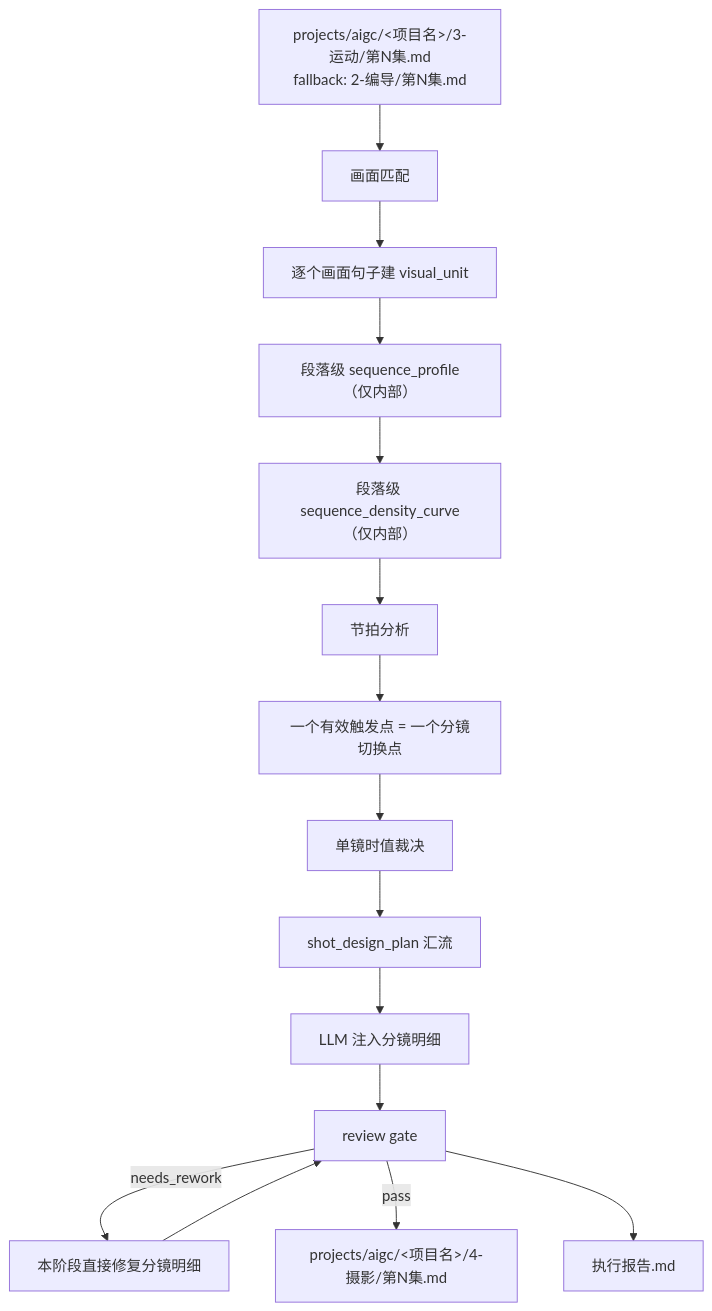
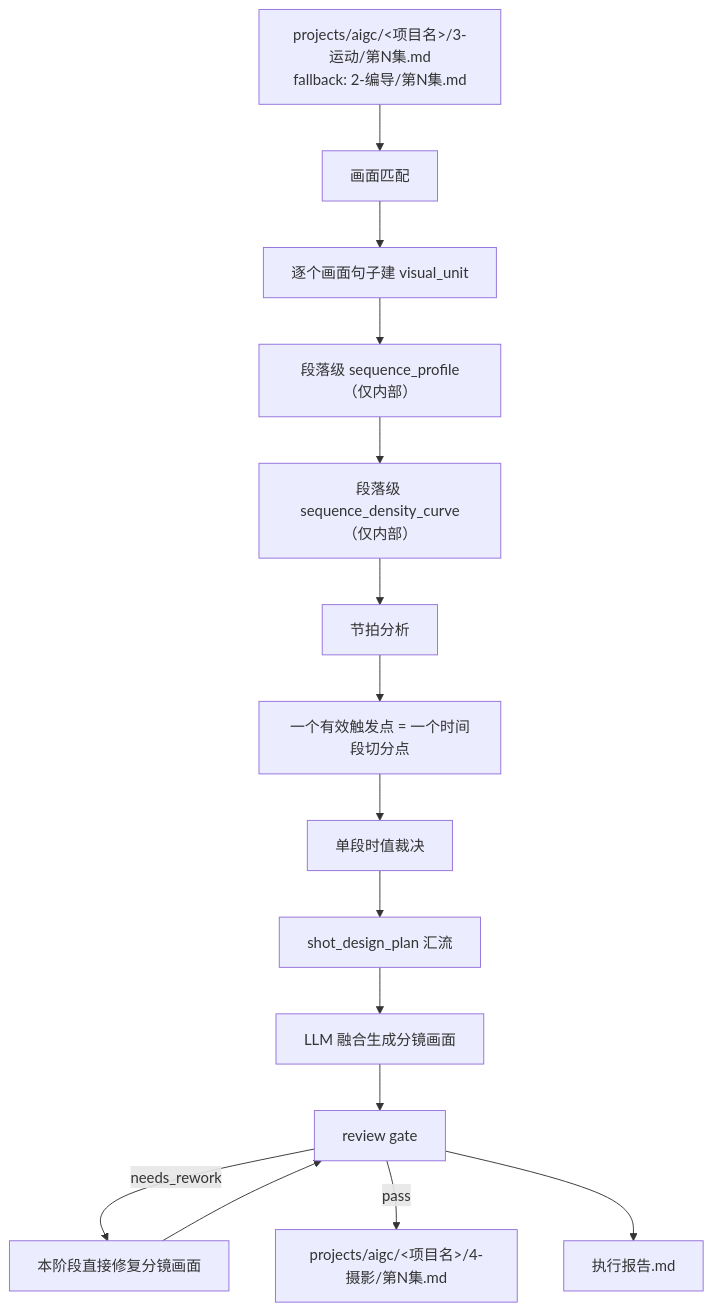
One commit to ZEN-VOID/AI-CUT changed the first of 2 diagrams in .agents/skills/aigc/4-摄影/SKILL.md. Above: the diagram before and after it, drawn with Mermaid. The commit also changed other lines of this file and 240 other files, not shown here.

````diff
--- a/.agents/skills/aigc/4-摄影/SKILL.md
+++ b/.agents/skills/aigc/4-摄影/SKILL.md
@@ -144,17 +152,17 @@
 ```mermaid
 flowchart TD
     A["projects/aigc/<项目名>/3-运动/第N集.md\nfallback: 2-编导/第N集.md"] --> B["画面匹配"]
     B --> C["逐个画面句子建 visual_unit"]
     C --> S["段落级 sequence_profile（仅内部）"]
     S --> V["段落级 sequence_density_curve（仅内部）"]
     V --> D["节拍分析"]
-    D --> E["一个有效触发点 = 一个分镜切换点"]
-    E --> T["单镜时值裁决"]
+    D --> E["一个有效触发点 = 一个时间段切分点"]
+    E --> T["单段时值裁决"]
     T --> P["shot_design_plan 汇流"]
-    P --> F["LLM 注入分镜明细"]
+    P --> F["LLM 融合生成分镜画面"]
     F --> G["review gate"]
-    G -->|"needs_rework"| R["本阶段直接修复分镜明细"]
+    G -->|"needs_rework"| R["本阶段直接修复分镜画面"]
     R --> G
     G -->|"pass"| H["projects/aigc/<项目名>/4-摄影/第N集.md"]
     G --> I["执行报告.md"]
 ```
````
